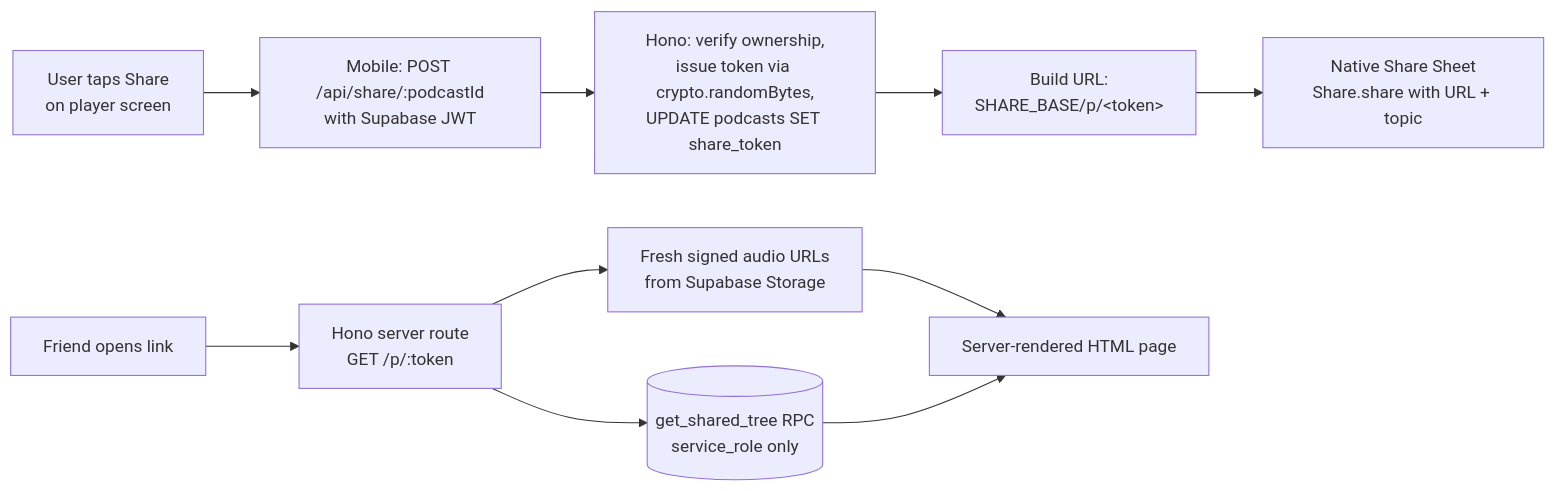
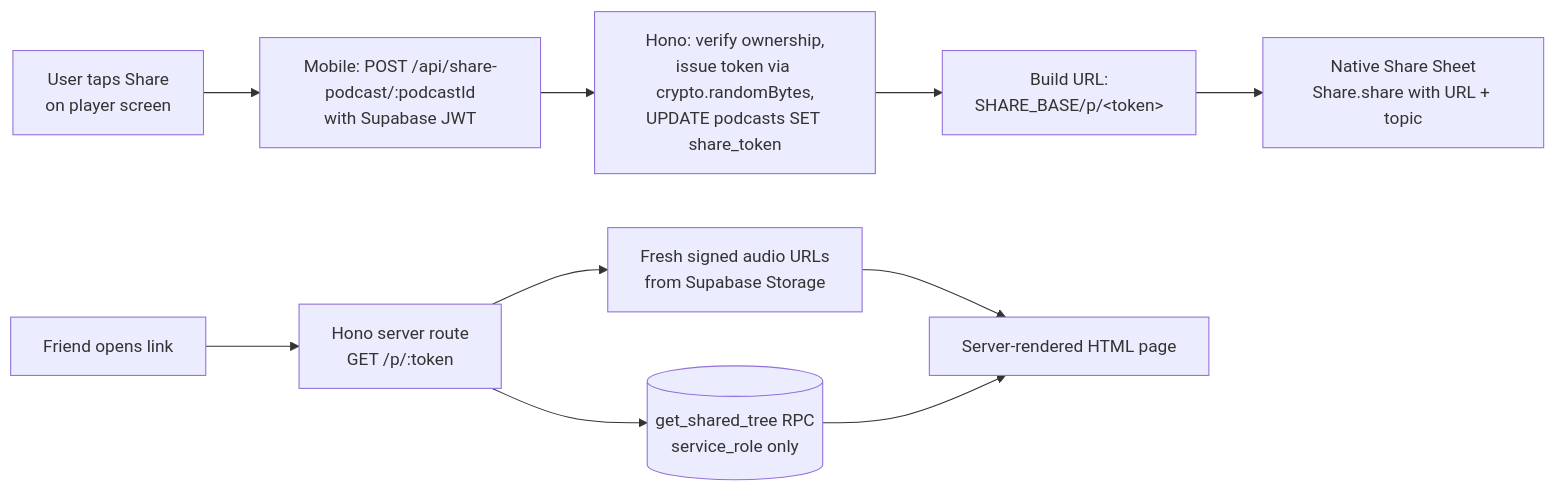
Before and after one commit to IsuruDR/katavo: the diagram in docs/superpowers/specs/2026-05-14-podcast-sharing-design.md, drawn with Mermaid. The commit also changed other lines of this file, not shown here.

````diff
--- a/docs/superpowers/specs/2026-05-14-podcast-sharing-design.md
+++ b/docs/superpowers/specs/2026-05-14-podcast-sharing-design.md
@@ -90,20 +92,20 @@
 ```mermaid
 flowchart LR
   user[User taps Share<br/>on player screen]
-  endpoint[Mobile: POST /api/share/:podcastId<br/>with Supabase JWT]
+  endpoint[Mobile: POST /api/share-podcast/:podcastId<br/>with Supabase JWT]
   server[Hono: verify ownership,<br/>issue token via crypto.randomBytes,<br/>UPDATE podcasts SET share_token]
   url[Build URL:<br/>SHARE_BASE/p/&lt;token&gt;]
   sheet[Native Share Sheet<br/>Share.share with URL + topic]
   friend[Friend opens link]
   hono[Hono server route<br/>GET /p/:token]
   rpc[(get_shared_tree RPC<br/>service_role only)]
   html[Server-rendered HTML page]
   audio[Fresh signed audio URLs<br/>from Supabase Storage]
 
   user --> endpoint --> server --> url --> sheet
   friend --> hono
   hono --> rpc
   hono --> audio
   audio --> html
   rpc --> html
 ```
````
